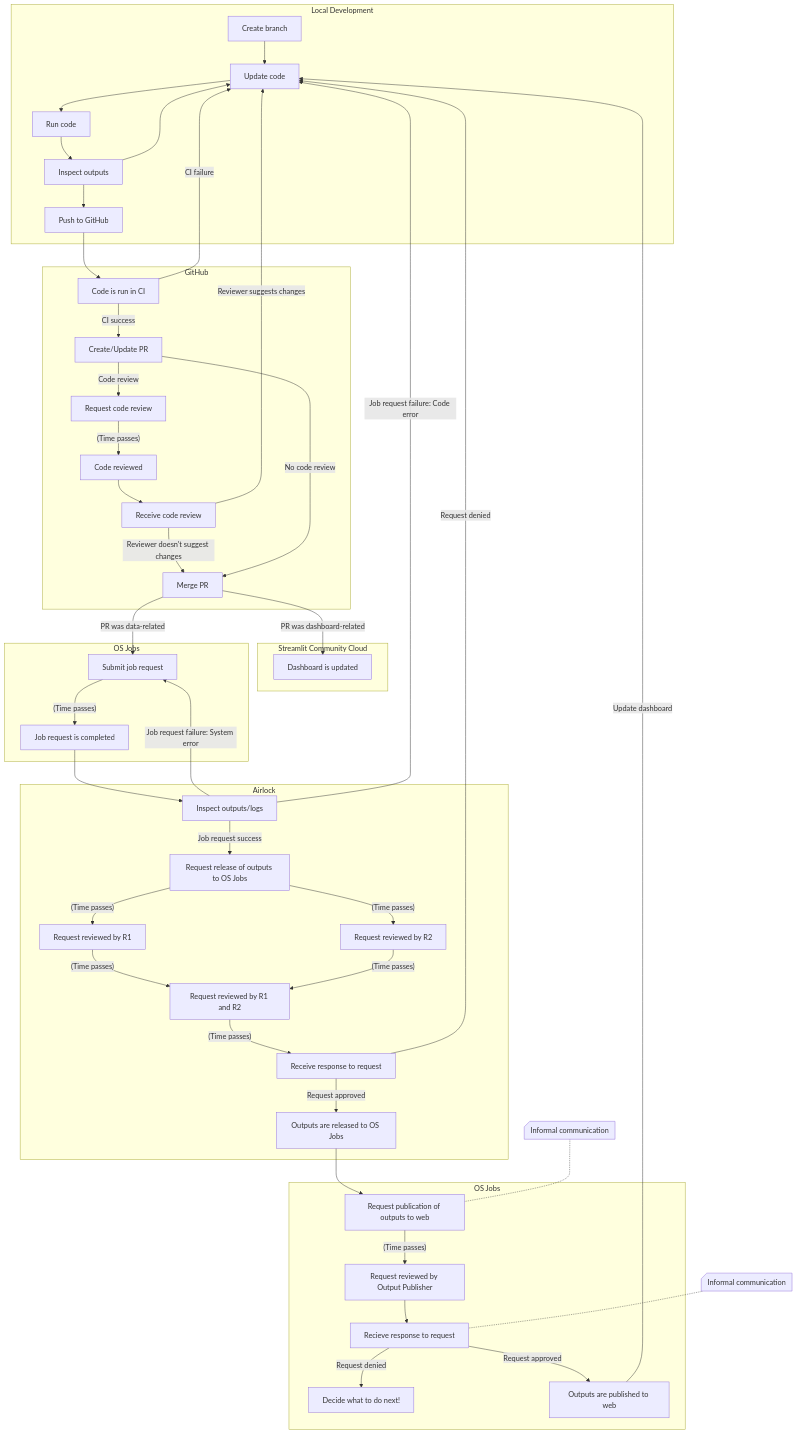
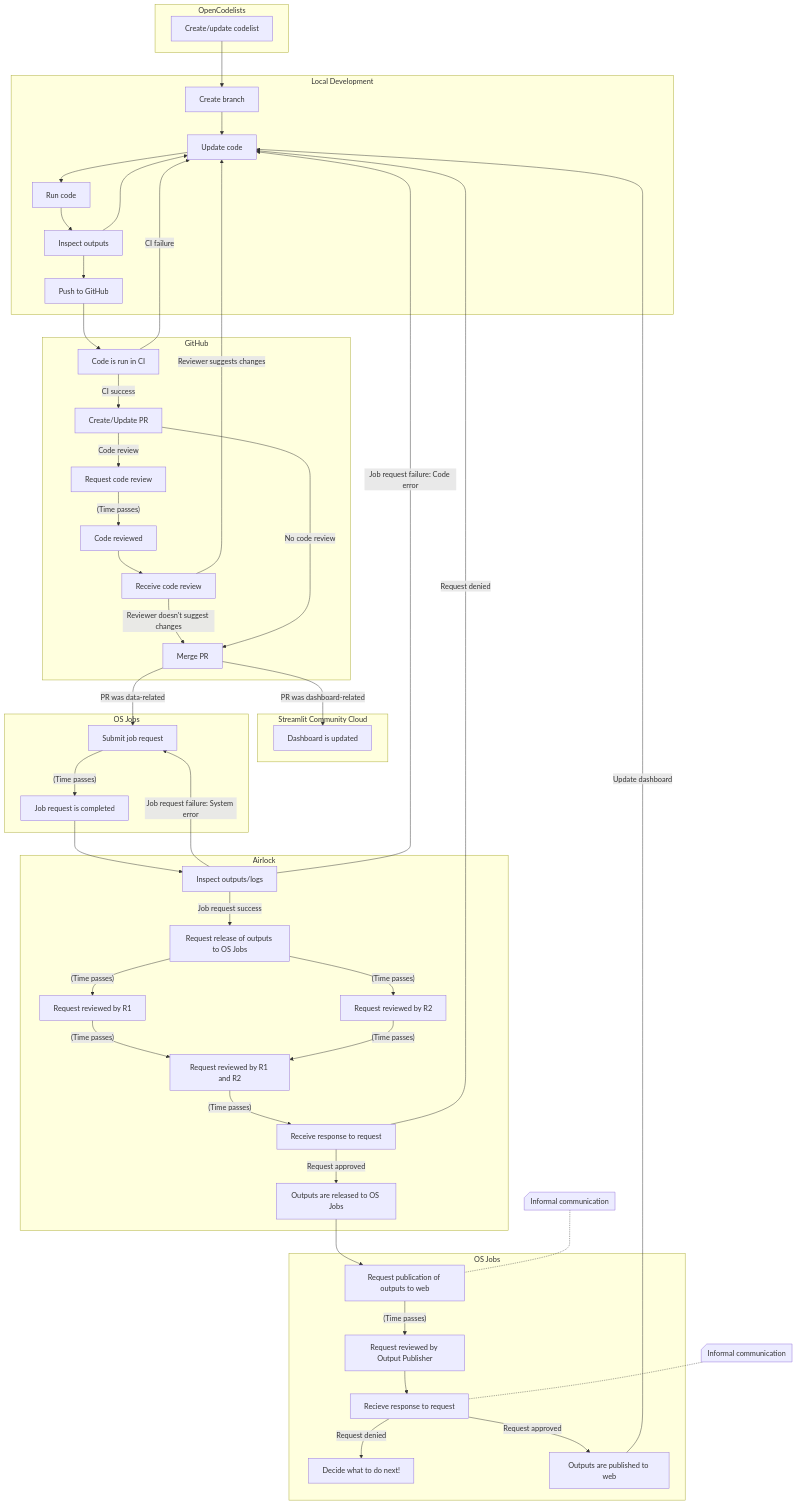
Before and after one commit to opensafely/open-pathology: the diagram in docs/walking_skeleton.md, drawn with Mermaid.

Commit message:
Update walking skeleton doc to include OpenCodelists
This updates the walking skeleton doc to include an OpenCodelists
sub-graph. The sub-graph is intentionally minimal, and can be expanded
in time. Thanks for noticing that OpenCodelists was missing,
@richiecroker!

````diff
--- a/docs/walking_skeleton.md
+++ b/docs/walking_skeleton.md
@@ -3,53 +3,56 @@
 ```mermaid
 flowchart TD
     subgraph Local Development
     create_branch[Create branch] --> update_locally[Update code]
     update_locally --> run_locally[Run code]
     run_locally --> inspect_locally[Inspect outputs]
     inspect_locally --> update_locally
     inspect_locally --> push_to_gh[Push to GitHub]
+    end
+    subgraph OpenCodelists
+    create_codelist[Create/update codelist] --> create_branch
     end
     subgraph GitHub
     push_to_gh --> run_ci[Code is run in CI]
     run_ci -->|CI failure| update_locally
     run_ci -->|CI success| create_pr[Create/Update PR]
     create_pr -->|Code review| request_code_review[Request code review]
     request_code_review -->|"(Time passes)"| code_reviewed[Code reviewed]
     code_reviewed --> receive_code_review[Receive code review]
     receive_code_review -->|Reviewer suggests changes| update_locally
     receive_code_review -->|Reviewer doesn't suggest changes| merge_pr[Merge PR]
     create_pr -->|No code review| merge_pr
     end
     subgraph Streamlit Community Cloud
     merge_pr -->|PR was dashboard-related| end_1[Dashboard is updated]
     end
     subgraph OS Jobs
     merge_pr -->|PR was data-related| submit_job_request[Submit job request]
     submit_job_request -->|"(Time passes)"| job_request_completed[Job request is completed]
     end
     subgraph Airlock
     job_request_completed --> inspect_l4[Inspect outputs/logs]
     inspect_l4 -->|Job request failure: System error| submit_job_request
     inspect_l4 -->|Job request failure: Code error| update_locally
     inspect_l4 -->|Job request success| request_release[Request release of outputs to OS Jobs]
     request_release -->|"(Time passes)"| reviewed_r1[Request reviewed by R1]
     request_release -->|"(Time passes)"| reviewed_r2[Request reviewed by R2]
     reviewed_r1 -->|"(Time passes)"| reviewed_r1_r2[Request reviewed by R1 and R2]
     reviewed_r2 -->|"(Time passes)"| reviewed_r1_r2
     reviewed_r1_r2 -->|"(Time passes)"| receive_response[Receive response to request]
     receive_response -->|Request approved| outputs_released[Outputs are released to OS Jobs]
     receive_response -->|Request denied| update_locally
     end
     subgraph OS Jobs
     outputs_released --> request_publication[Request publication of outputs to web]
     request_publication -->|"(Time passes)"| reviewed_r3[Request reviewed by Output Publisher]
     reviewed_r3 --> receive_publication_response[Recieve response to request]
     receive_publication_response -->|Request denied| end_2[Decide what to do next!]
     receive_publication_response -->|Request approved| outputs_published[Outputs are published to web]
     end
     outputs_published -->|Update dashboard| update_locally
     note_1@{shape: notch-rect, label: "Informal communication"}
     note_1 -.- request_publication
     note_2@{shape: notch-rect, label: "Informal communication"}
     note_2 -.- receive_publication_response
 ```
````
